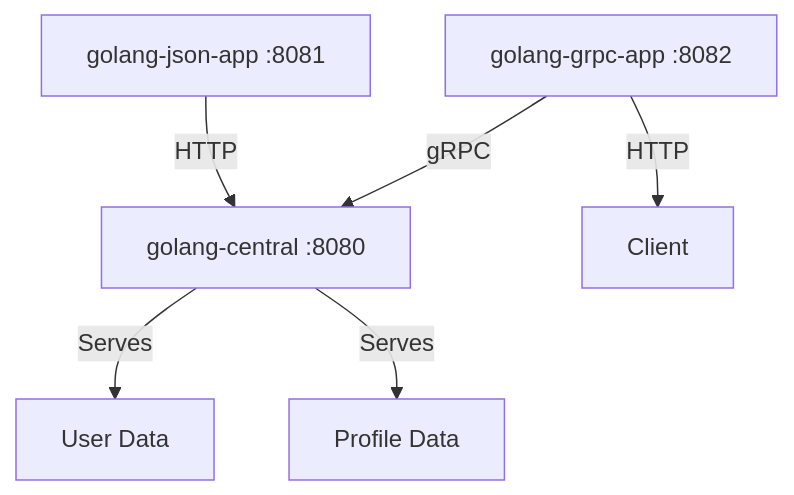
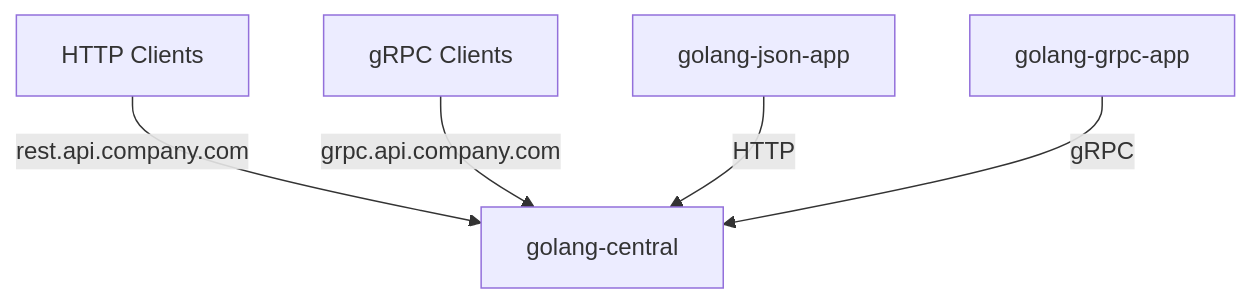
Before and after one commit to CpBruceMeena/Golang-NexusPoint: the second of 2 diagrams in README.md, drawn with Mermaid. The commit also changed other lines of this file, not shown here.

````diff
--- a/README.md
+++ b/README.md
@@ -7,8 +85,7 @@
 ```mermaid
 graph TD
-    A[golang-json-app :8081] -->|HTTP| B[golang-central :8080]
-    C[golang-grpc-app :8082] -->|HTTP| D[Client]
-    C -->|gRPC| B
-    B -->|Serves| E[User Data]
-    B -->|Serves| F[Profile Data]
+    A[HTTP Clients] -->|rest.api.company.com| B[golang-central]
+    C[gRPC Clients] -->|grpc.api.company.com| B
+    D[golang-json-app] -->|HTTP| B
+    E[golang-grpc-app] -->|gRPC| B
 ```
````
